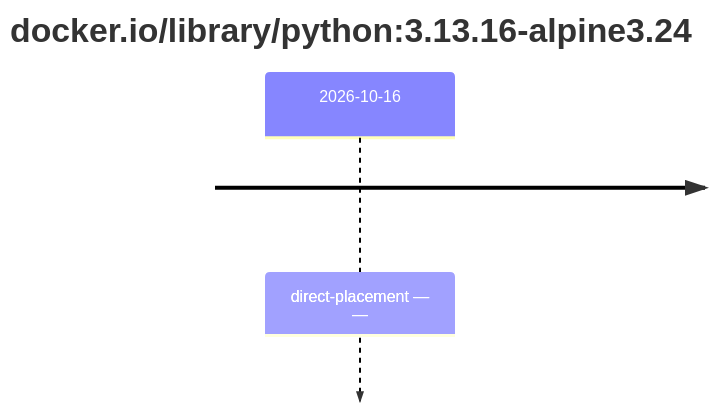
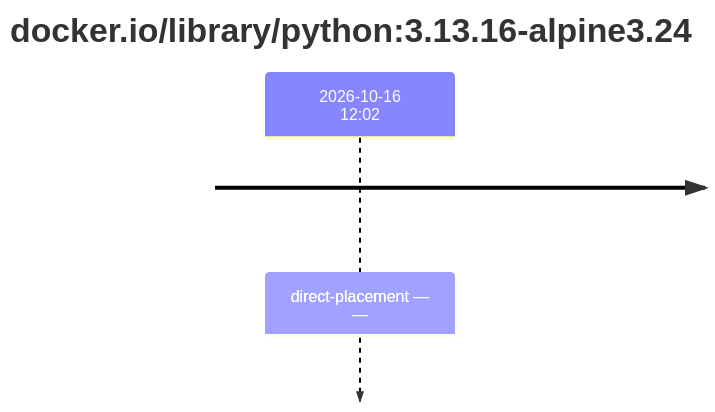
Before and after one commit to trivoallan/base-images: the first of 4 diagrams in results/reports/base-python-3/sha256:9d22624f81e89f73a84c60a309b9af2a2d8d81a05e79e285e2217b2f947f5205.md, drawn with Mermaid. The commit also changed other lines of this file and 12 other files, not shown here.

````diff
--- a/results/reports/base-python-3/sha256:9d22624f81e89f73a84c60a309b9af2a2d8d81a05e79e285e2217b2f947f5205.md
+++ b/results/reports/base-python-3/sha256:9d22624f81e89f73a84c60a309b9af2a2d8d81a05e79e285e2217b2f947f5205.md
@@ -5,5 +5,5 @@
 ```mermaid
 timeline
     title docker.io/library/python#58;3.13.16-alpine3.24
-    2026-10-16 : direct-placement — —
+    2026-10-16 12#58;02 : direct-placement — —
 ```
````
